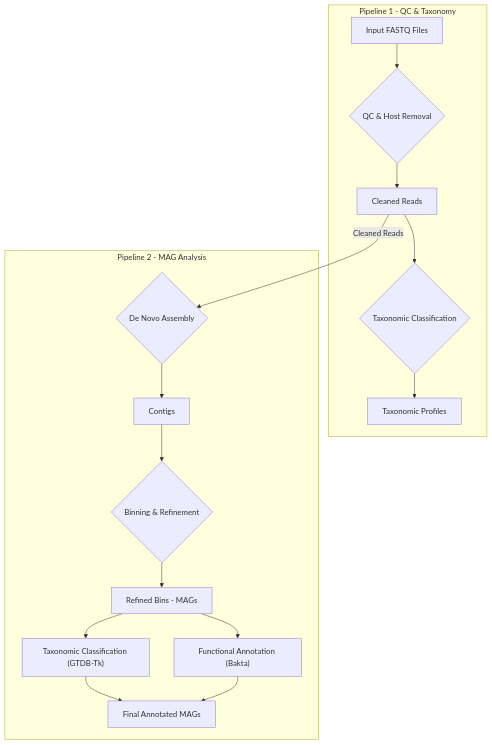
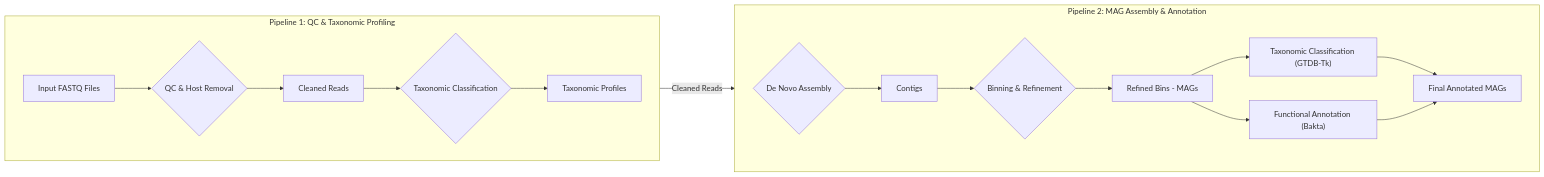
One commit to ystone1101/metagenome-pipeline changed the diagram in README.md. Above: the diagram before and after it, drawn with Mermaid.

Commit message:
docs: Improve and update README.md

````diff
--- a/README.md
+++ b/README.md
@@ -51,29 +51,28 @@
 ```mermaid
-graph TD
-    %% === 1. 파이프라인 1의 노드와 흐름 정의 ===
-    A[Input FASTQ Files] --> B{QC & Host Removal};
-    B --> C[Cleaned Reads];
-    C --> D{Taxonomic Classification};
-    D --> E[Taxonomic Profiles];
-
-    %% === 2. 파이프라인 2의 노드와 흐름 정의 ===
-    G{De Novo Assembly} --> H[Contigs];
-    H --> I{Binning & Refinement};
-    I --> J[Refined Bins - MAGs];
-    J --> K["Taxonomic Classification (GTDB-Tk)"];
-    J --> M["Functional Annotation (Bakta)"];
-    K --> L[Final Annotated MAGs];
-    M --> L;
-
-    %% === 3. 두 파이프라인 연결 ===
-    C -- Cleaned Reads --> G;
-
-    %% === 4. 시각적인 그룹핑 (마지막에 처리) ===
-    subgraph Pipeline 1 - QC & Taxonomy
-        A; B; C; D; E;
+graph LR
+    %% 전체 파이프라인을 두 개의 주요 단계로 그룹화합니다.
+    subgraph "Pipeline 1: QC & Taxonomic Profiling"
+        direction LR
+        A[Input FASTQ Files] --> B{QC & Host Removal};
+        B --> C[Cleaned Reads];
+        C --> D{Taxonomic Classification};
+        D --> E[Taxonomic Profiles];
     end
 
-    subgraph Pipeline 2 - MAG Analysis
-        G; H; I; J; K; L; M;
+    subgraph "Pipeline 2: MAG Assembly & Annotation"
+        direction LR
+        G{De Novo Assembly} --> H[Contigs];
+        H --> I{Binning & Refinement};
+        I --> J[Refined Bins - MAGs];
+        
+        %% MAG 분석은 두 개의 병렬 프로세스로 진행됩니다.
+        J --> K["Taxonomic Classification (GTDB-Tk)"];
+        J --> M["Functional Annotation (Bakta)"];
+
+        %% 두 Annotation 결과를 최종적으로 통합합니다.
+        K & M --> L[Final Annotated MAGs];
     end
+
+    %% 두 파이프라인은 'Cleaned Reads'를 통해 연결됩니다.
+    C -- Cleaned Reads --> G;
 ```
````
